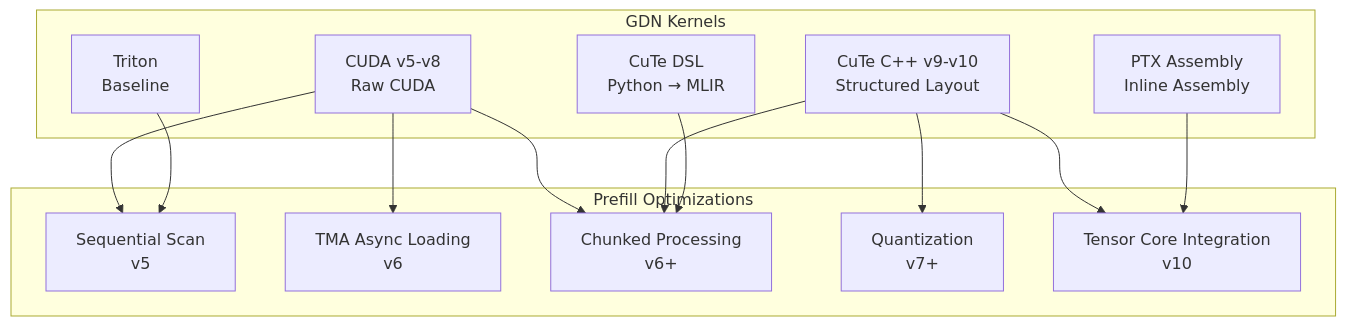
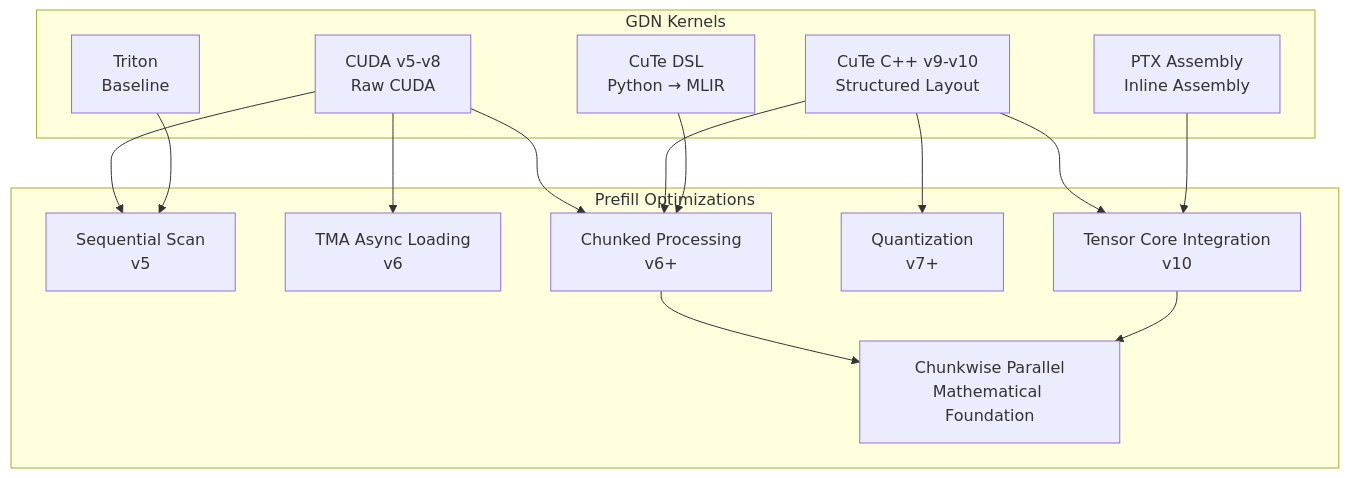
One commit to gugudeshubao/flashinfer-bench-tma-thrust changed the first of 12 diagrams in .qoder/repowiki/en/content/GDN Prefill Kernel Optimization.md. Above: the diagram before and after it, drawn with Mermaid. The commit also changed other lines of this file and 10 other files, not shown here.

````diff
--- a/.qoder/repowiki/en/content/GDN Prefill Kernel Optimization.md
+++ b/.qoder/repowiki/en/content/GDN Prefill Kernel Optimization.md
@@ -34,26 +47,29 @@
 ```mermaid
 graph TB
 subgraph "GDN Kernels"
 A["CUDA v5-v8<br/>Raw CUDA"]
 B["CuTe C++ v9-v10<br/>Structured Layout"]
 C["CuTe DSL<br/>Python → MLIR"]
 D["PTX Assembly<br/>Inline Assembly"]
 E["Triton<br/>Baseline"]
 end
 subgraph "Prefill Optimizations"
 F["Sequential Scan<br/>v5"]
 G["TMA Async Loading<br/>v6"]
 H["Chunked Processing<br/>v6+"]
 I["Quantization<br/>v7+"]
 J["Tensor Core Integration<br/>v10"]
+K["Chunkwise Parallel<br/>Mathematical Foundation"]
 end
 A --> F
 A --> G
 A --> H
 B --> H
 B --> I
 B --> J
 C --> H
 D --> J
 E --> F
+H --> K
+J --> K
 ```
````
